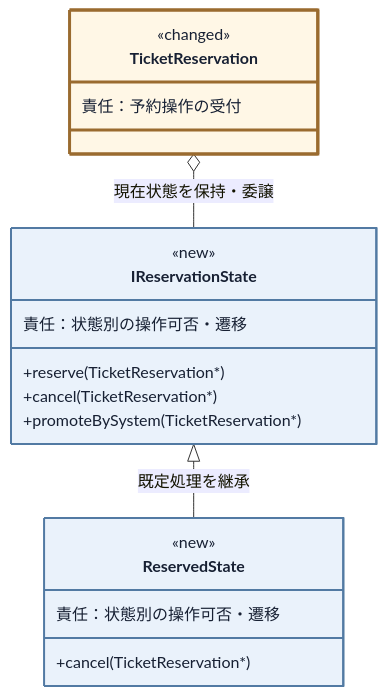
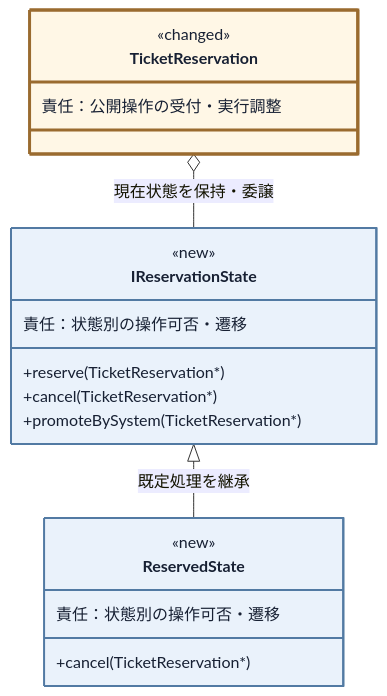
Diagram 15 of 26 in kindle/design-patterns/books/volume01-core-patterns/output/04-chapter02.md (kumachan1101-pixel/DesignPattern), drawn with Mermaid before and after one commit. The commit also changed other lines of this file and 12 other files, not shown here.

````diff
--- a/kindle/design-patterns/books/volume01-core-patterns/output/04-chapter02.md
+++ b/kindle/design-patterns/books/volume01-core-patterns/output/04-chapter02.md
@@ -1686,25 +1668,25 @@
 ```mermaid
 classDiagram
     direction TB
     class TicketReservation:::touched {
         <<changed>>
-        責任：予約操作の受付
+        責任：公開操作の受付・実行調整
     }
     class IReservationState:::added {
         <<new>>
         責任：状態別の操作可否・遷移
         +reserve(TicketReservation*)
         +cancel(TicketReservation*)
         +promoteBySystem(TicketReservation*)
     }
     class ReservedState:::added {
         <<new>>
         責任：状態別の操作可否・遷移
         +cancel(TicketReservation*)
     }
     TicketReservation o-- IReservationState : 現在状態を保持・委譲
     IReservationState <|-- ReservedState : 既定処理を継承
 
     classDef added fill:#eaf2fb,stroke:#527aa3,stroke-width:2px,color:#172033;
     classDef touched fill:#fff7e6,stroke:#9a6b2f,stroke-width:3px,color:#172033;
 ```
````
